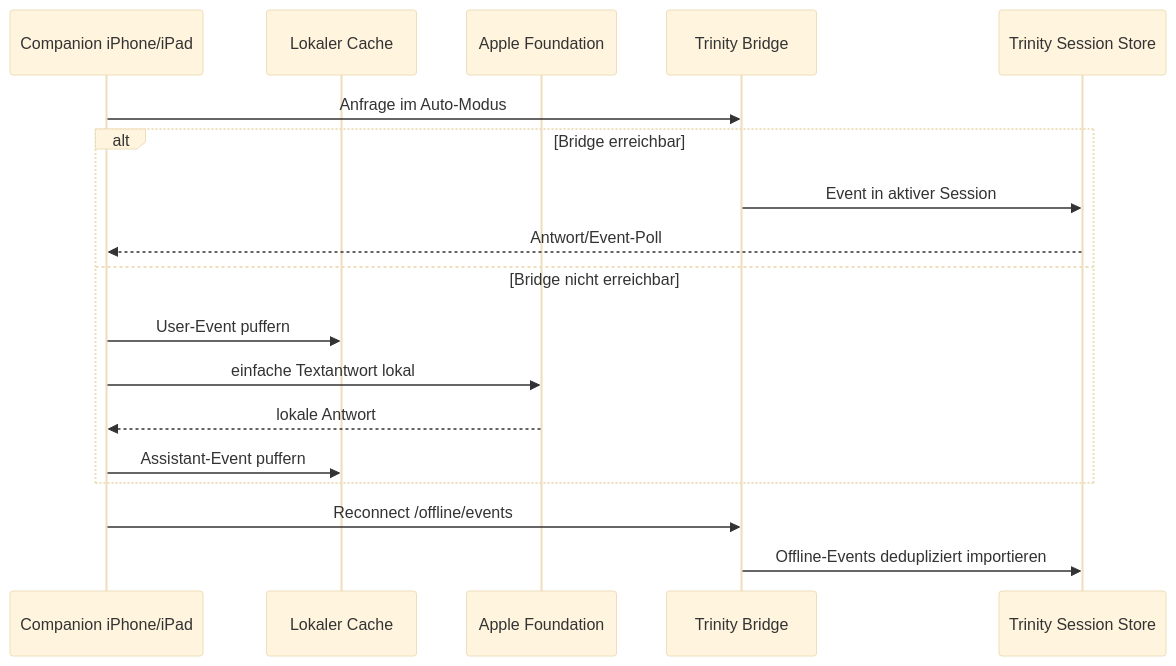
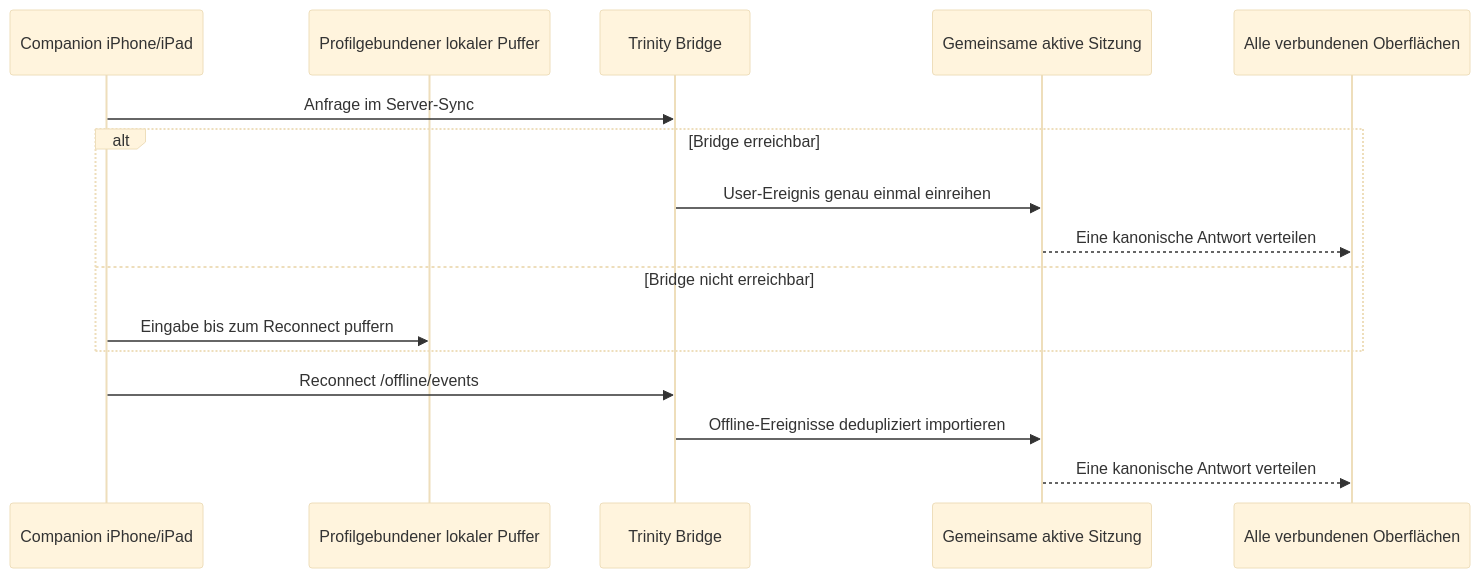
One commit to ProfEngel/TrinityLectureAssisitant changed the diagram in docs/COMPANION_OFFLINE_SYNC.md. Above: the diagram before and after it, drawn with Mermaid (base theme). The commit also changed other lines of this file and 14 other files, not shown here.

````diff
--- a/docs/COMPANION_OFFLINE_SYNC.md
+++ b/docs/COMPANION_OFFLINE_SYNC.md
@@ -42,21 +35,19 @@
 ```mermaid
 sequenceDiagram
     participant C as Companion iPhone/iPad
-    participant L as Lokaler Cache
-    participant F as Apple Foundation
+    participant L as Profilgebundener lokaler Puffer
     participant B as Trinity Bridge
-    participant T as Trinity Session Store
+    participant T as Gemeinsame aktive Sitzung
+    participant O as Alle verbundenen Oberflächen
 
-    C->>B: Anfrage im Auto-Modus
+    C->>B: Anfrage im Server-Sync
     alt Bridge erreichbar
-        B->>T: Event in aktiver Session
-        T-->>C: Antwort/Event-Poll
+        B->>T: User-Ereignis genau einmal einreihen
+        T-->>O: Eine kanonische Antwort verteilen
     else Bridge nicht erreichbar
-        C->>L: User-Event puffern
-        C->>F: einfache Textantwort lokal
-        F-->>C: lokale Antwort
-        C->>L: Assistant-Event puffern
+        C->>L: Eingabe bis zum Reconnect puffern
     end
     C->>B: Reconnect /offline/events
-    B->>T: Offline-Events dedupliziert importieren
+    B->>T: Offline-Ereignisse dedupliziert importieren
+    T-->>O: Eine kanonische Antwort verteilen
 ```
````
